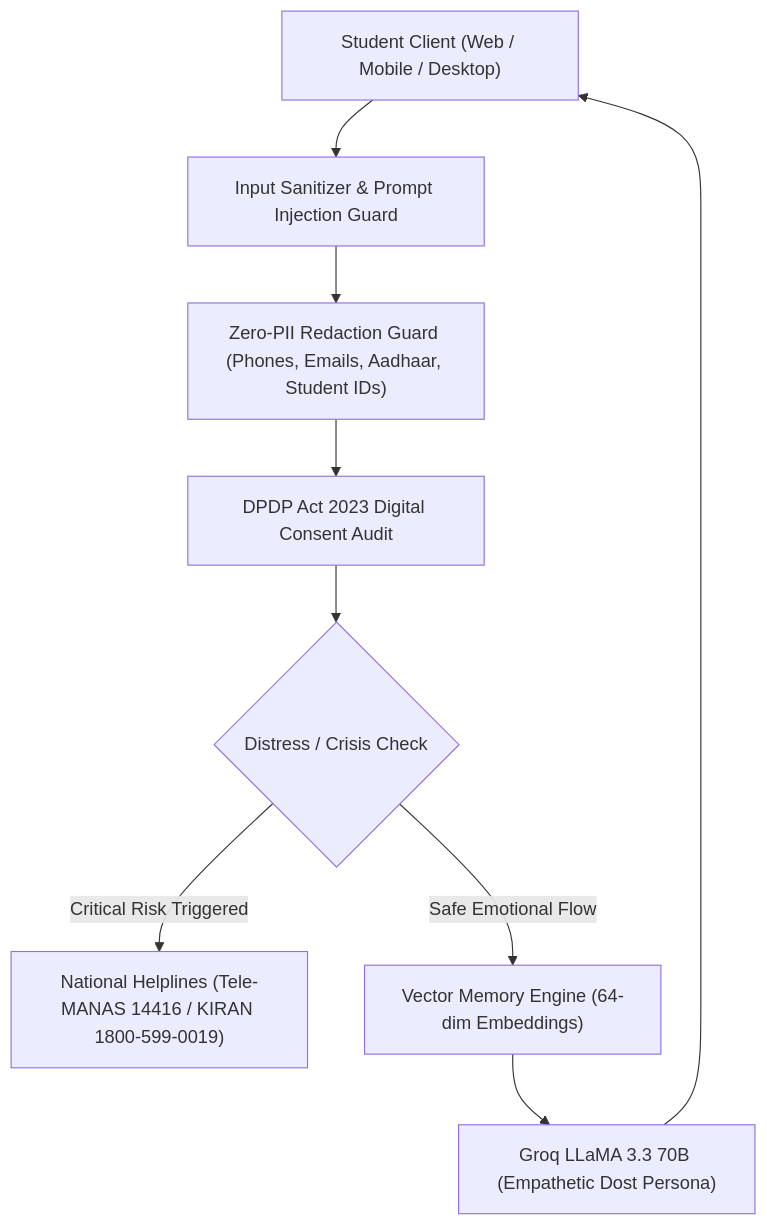
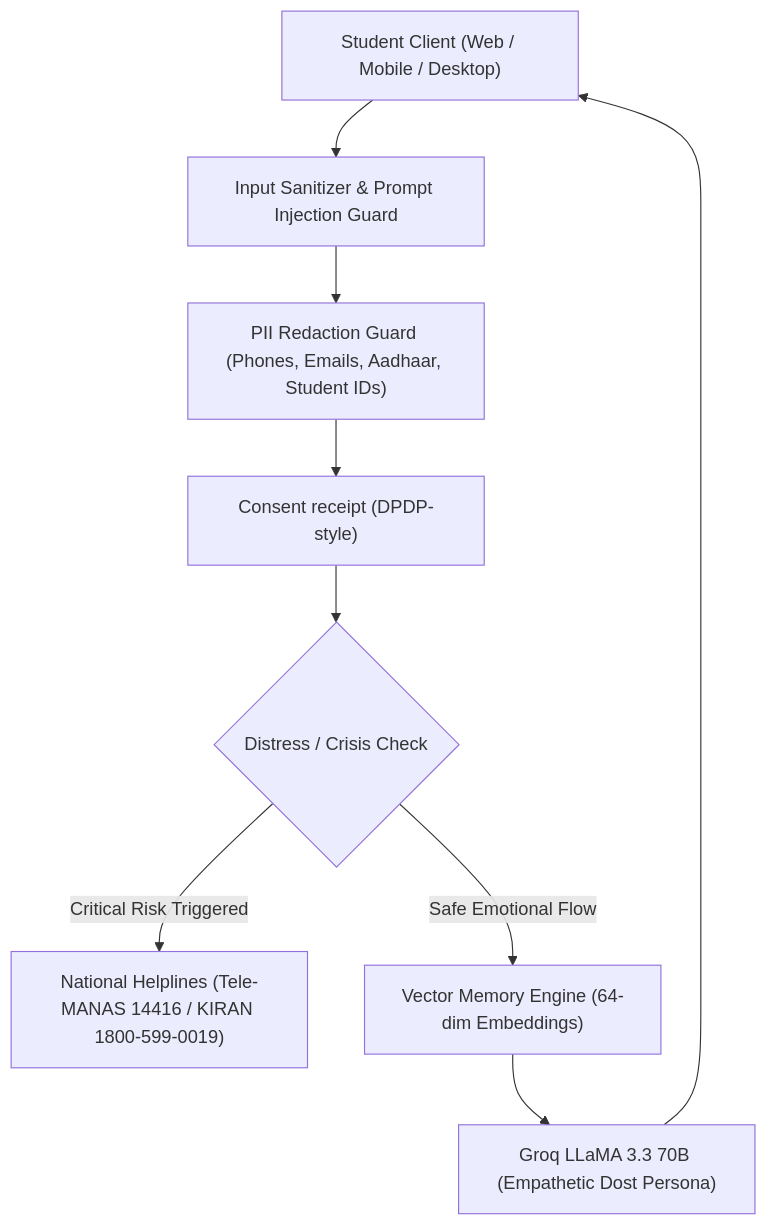
Before and after one commit to yashpatadiya1724-cmyk/mansitra_APP: the diagram in README.md, drawn with Mermaid. The commit also changed other lines of this file, not shown here.

Commit message:
docs(readme): qualify language count, regex redaction, crisis intercept, and data governance claims (#13)

````diff
--- a/README.md
+++ b/README.md
@@ -34,20 +34,20 @@
 ```mermaid
 flowchart TD
     Client["Student Client (Web / Mobile / Desktop)"]
     Sanitizer["Input Sanitizer & Prompt Injection Guard"]
-    PIIRedactor["Zero-PII Redaction Guard (Phones, Emails, Aadhaar, Student IDs)"]
+    PIIRedactor["PII Redaction Guard (Phones, Emails, Aadhaar, Student IDs)"]
     CrisisGate{"Distress / Crisis Check"}
     Helpline["National Helplines (Tele-MANAS 14416 / KIRAN 1800-599-0019)"]
-    DPDPConsent["DPDP Act 2023 Digital Consent Audit"]
+    DPDPConsent["Consent receipt (DPDP-style)"]
     VectorMem["Vector Memory Engine (64-dim Embeddings)"]
     GroqLLM["Groq LLaMA 3.3 70B (Empathetic Dost Persona)"]
 
     Client --> Sanitizer
     Sanitizer --> PIIRedactor
     PIIRedactor --> DPDPConsent
     DPDPConsent --> CrisisGate
     CrisisGate -- Critical Risk Triggered --> Helpline
     CrisisGate -- Safe Emotional Flow --> VectorMem
     VectorMem --> GroqLLM
     GroqLLM --> Client
 ```
````
